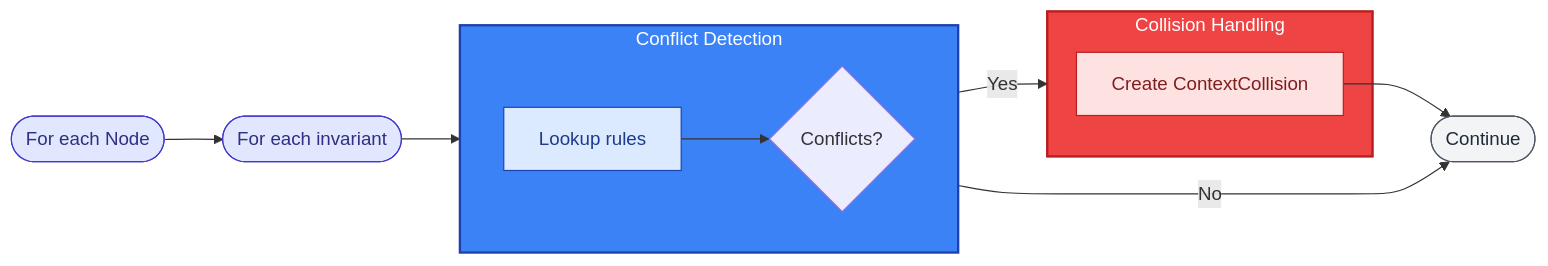
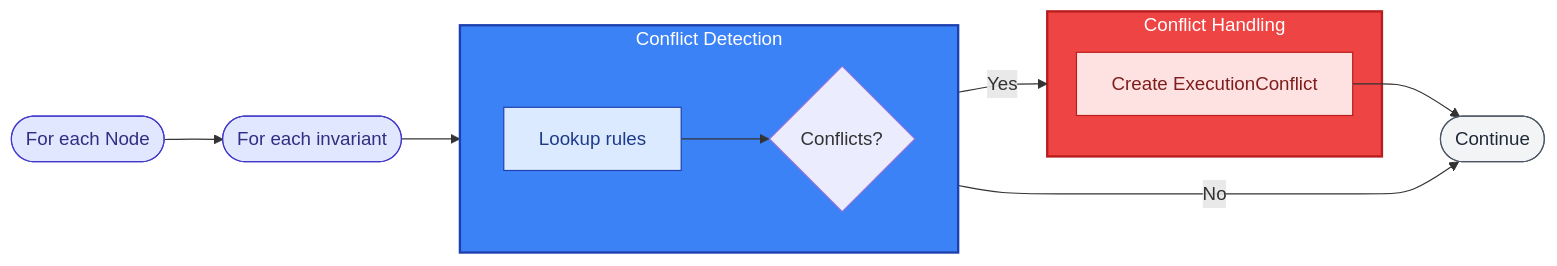
The fifth of 10 diagrams in .tasks/plans/algorithm bug finder/feedback.md (nestharus/ai-workflow), drawn with Mermaid before and after one commit. The commit also changed other lines of this file and 14 other files, not shown here.

````diff
--- a/.tasks/plans/algorithm bug finder/feedback.md
+++ b/.tasks/plans/algorithm bug finder/feedback.md
@@ -170,23 +181,23 @@
 ```mermaid
 flowchart LR
     Start([For each Node]):::iterator --> ForInv([For each invariant]):::iterator
     ForInv --> detection
     subgraph detection[Conflict Detection]
         direction LR
         A[Lookup rules]:::lookup --> B{Conflicts?}
     end
     B -->|Yes| collision
     B -->|No| C([Continue]):::continue
-    subgraph collision[Collision Handling]
-        D[Create ContextCollision]:::error
+    subgraph collision[Conflict Handling]
+        D[Create ExecutionConflict]:::error
     end
     D --> C
 
     classDef iterator fill:#e0e7ff,stroke:#4338ca,color:#312e81
     classDef lookup fill:#dbeafe,stroke:#1e40af,color:#1e3a8a
     classDef error fill:#fee2e2,stroke:#b91c1c,color:#7f1d1d
     classDef continue fill:#f3f4f6,stroke:#4b5563,color:#1f2937
 
     style detection fill:#3b82f6,stroke:#1e40af,stroke-width:2px,color:#ffffff
     style collision fill:#ef4444,stroke:#b91c1c,stroke-width:2px,color:#ffffff
 ```
````
